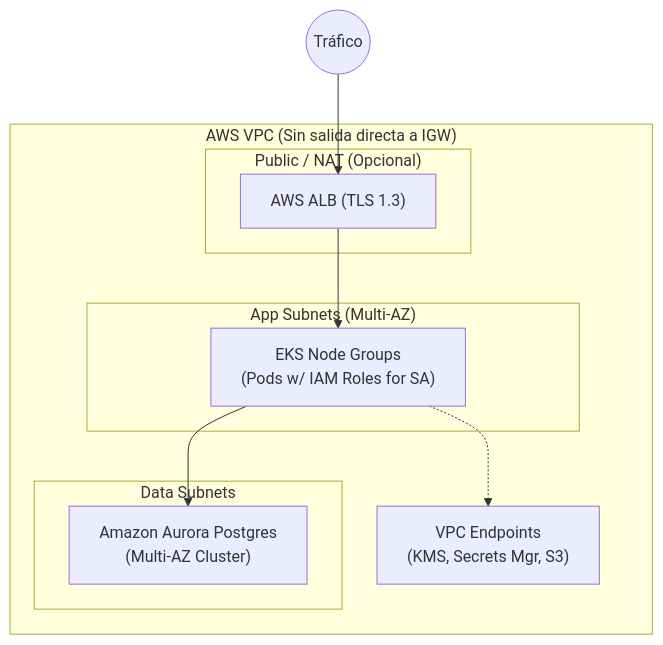
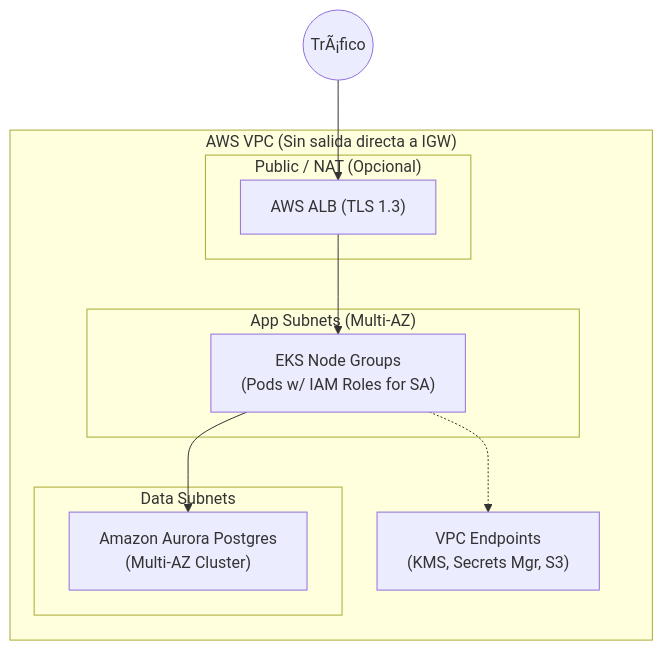
The second of 4 diagrams in architecture/blueprints-es/multi-cloud-deployment-scenarios.md (beyondnetcode/arc32_nodejs_progresive_monolith), drawn with Mermaid before and after one commit. The commit also changed other lines of this file and 303 other files, not shown here.

````diff
--- a/architecture/blueprints-es/multi-cloud-deployment-scenarios.md
+++ b/architecture/blueprints-es/multi-cloud-deployment-scenarios.md
@@ -114,20 +114,20 @@
 ```mermaid
 graph TD
     subgraph VPC["AWS VPC (Sin salida directa a IGW)"]
         subgraph PublicSubnets["Public / NAT (Opcional)"]
             ALB["AWS ALB (TLS 1.3)"]
         end
         subgraph PrivateAppSubnets["App Subnets (Multi-AZ)"]
             EKS["EKS Node Groups\n(Pods w/ IAM Roles for SA)"]
         end
         subgraph PrivateDataSubnets["Data Subnets"]
             Aurora["Amazon Aurora Postgres\n(Multi-AZ Cluster)"]
         end
         VPCE["VPC Endpoints\n(KMS, Secrets Mgr, S3)"]
     end
     
-    Users((Tráfico)) --> ALB
+    Users((TrÃ¡fico)) --> ALB
     ALB --> EKS
     EKS --> Aurora
     EKS -.-> VPCE
 ```
````
